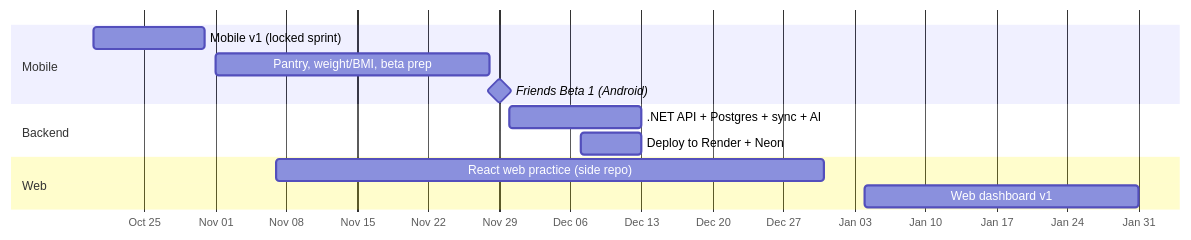
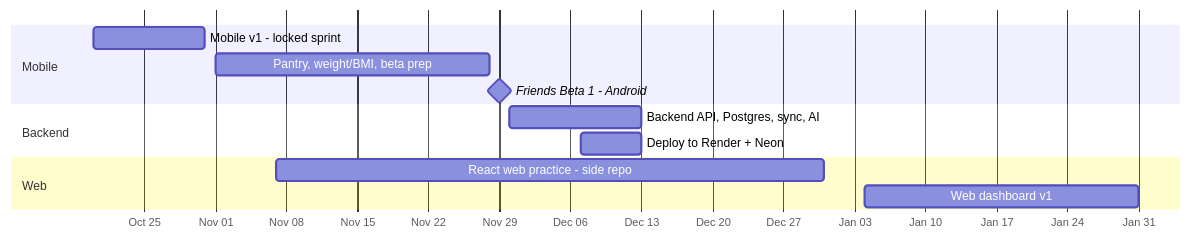
Before and after one commit to Alxbry28/MyFitnessTrackingApp: the second of 2 diagrams in 1_docs/tech_lead/01_backend_hosting_web_and_portfolio.md, drawn with Mermaid. The commit also changed other lines of this file and 13 other files, not shown here.

````diff
--- a/1_docs/tech_lead/01_backend_hosting_web_and_portfolio.md
+++ b/1_docs/tech_lead/01_backend_hosting_web_and_portfolio.md
@@ -130,15 +130,15 @@
 ```mermaid
 gantt
     dateFormat YYYY-MM-DD
     axisFormat %b %d
     section Mobile
-    Mobile v1 (locked sprint)        :a1, 2026-10-20, 2026-10-31
+    Mobile v1 - locked sprint        :a1, 2026-10-20, 2026-10-31
     Pantry, weight/BMI, beta prep    :a2, 2026-11-01, 2026-11-28
-    Friends Beta 1 (Android)         :milestone, 2026-11-29, 0d
+    Friends Beta 1 - Android         :milestone, m1, 2026-11-29, 0d
     section Backend
-    .NET API + Postgres + sync + AI  :b1, 2026-11-30, 2026-12-13
+    Backend API, Postgres, sync, AI  :b1, 2026-11-30, 2026-12-13
     Deploy to Render + Neon          :b2, 2026-12-07, 2026-12-13
     section Web
-    React web practice (side repo)   :c0, 2026-11-07, 2026-12-31
+    React web practice - side repo   :c0, 2026-11-07, 2026-12-31
     Web dashboard v1                 :c1, 2027-01-04, 2027-01-31
 ```
````
